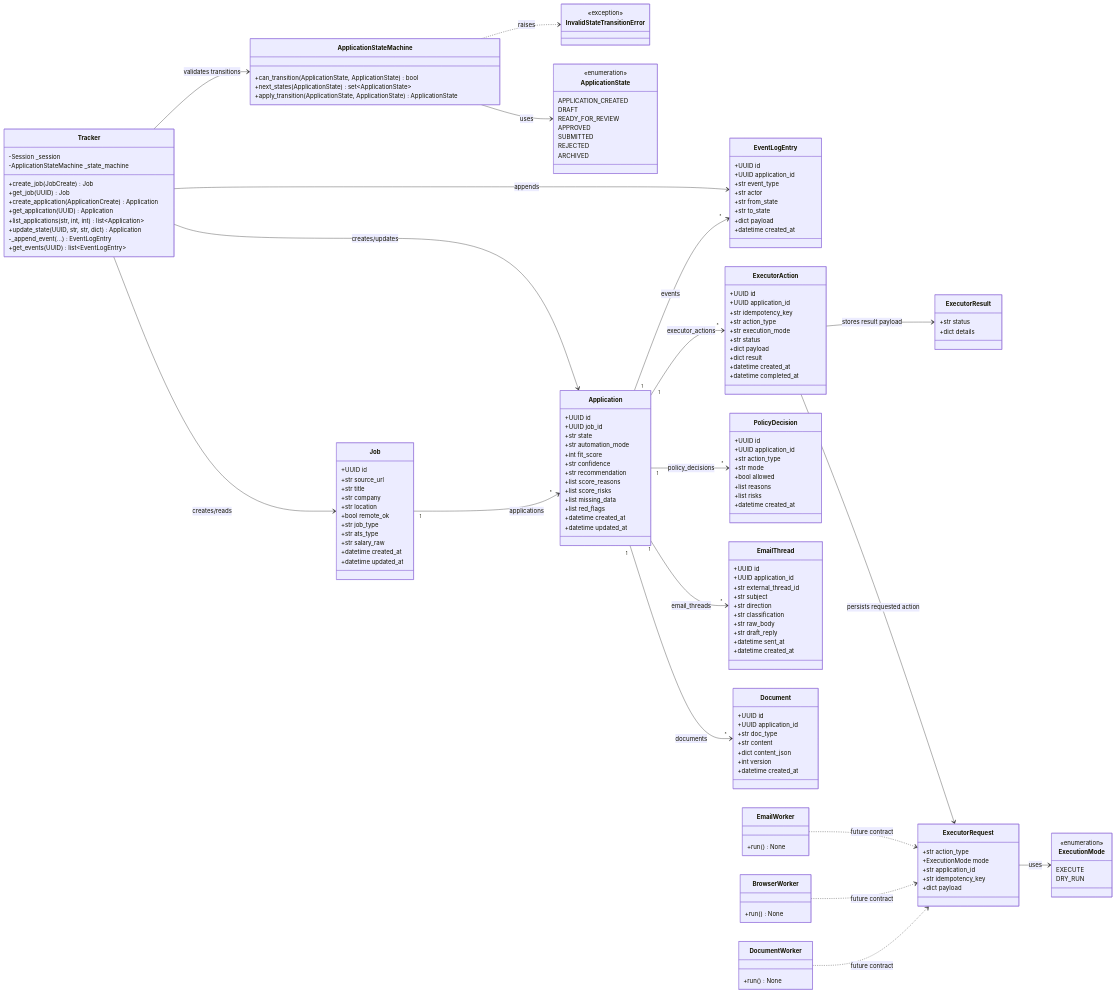
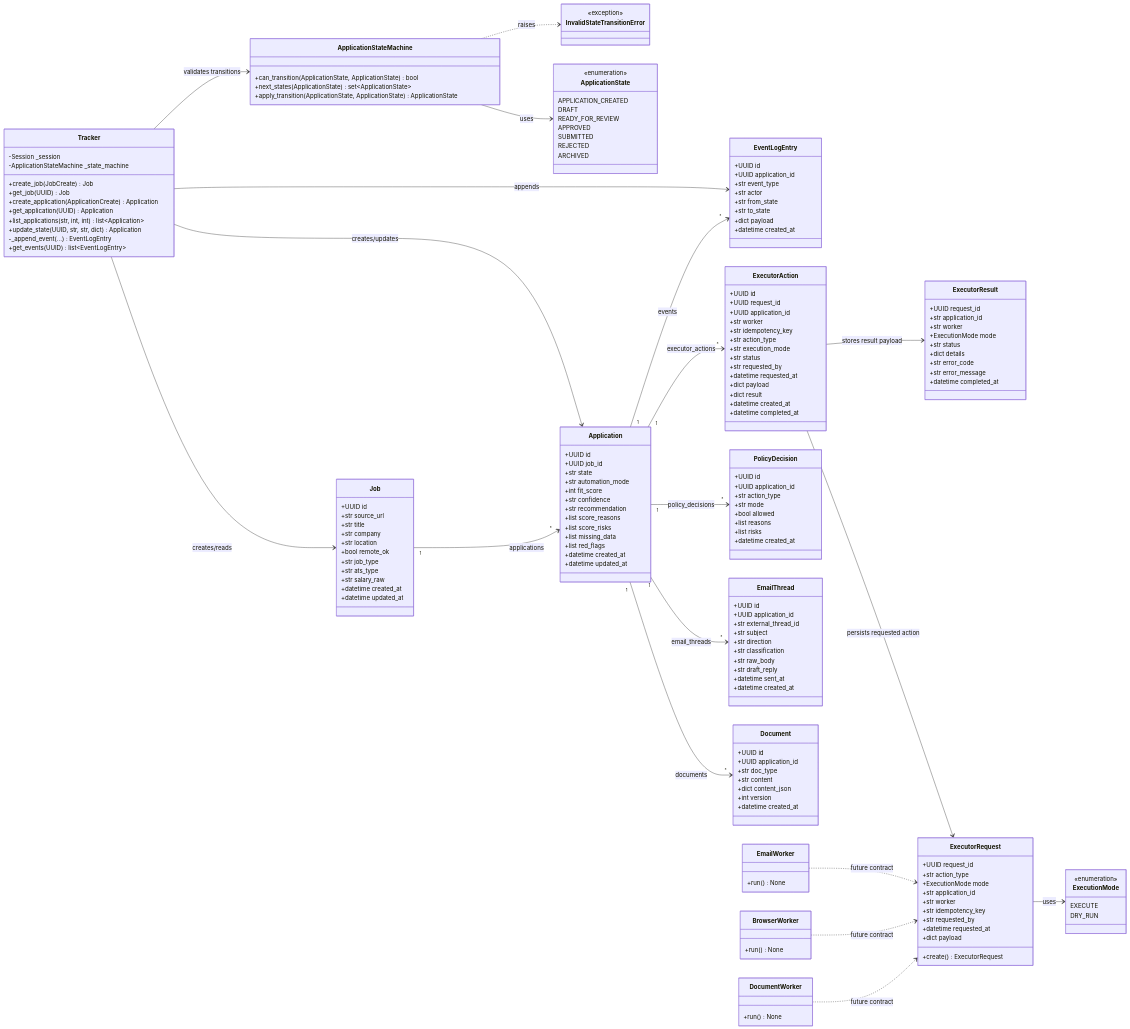
The diagram in docs/diagrams/backend-class-diagram.md (NicolayBang/ApplyGo), drawn with Mermaid before and after one commit. The commit also changed 26 other files, not shown here.

```diff
--- a/docs/diagrams/backend-class-diagram.md
+++ b/docs/diagrams/backend-class-diagram.md
@@ -76,11 +76,15 @@
 
     class ExecutorAction {
         +UUID id
+        +UUID request_id
         +UUID application_id
+        +str worker
         +str idempotency_key
         +str action_type
         +str execution_mode
         +str status
+        +str requested_by
+        +datetime requested_at
         +dict payload
         +dict result
         +datetime created_at
@@ -133,16 +137,28 @@
     }
 
     class ExecutorRequest {
+        +UUID request_id
         +str action_type
         +ExecutionMode mode
         +str application_id
+        +str worker
         +str idempotency_key
+        +str requested_by
+        +datetime requested_at
         +dict payload
+        +create() ExecutorRequest
     }
 
     class ExecutorResult {
+        +UUID request_id
+        +str application_id
+        +str worker
+        +ExecutionMode mode
         +str status
         +dict details
+        +str error_code
+        +str error_message
+        +datetime completed_at
     }
 
     class ExecutionMode {
```
